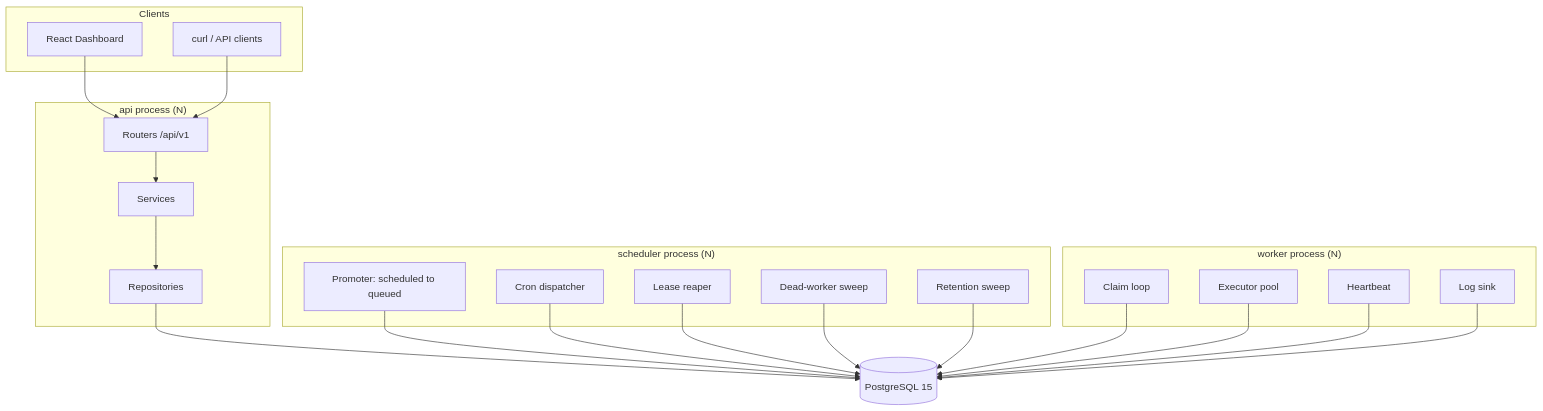
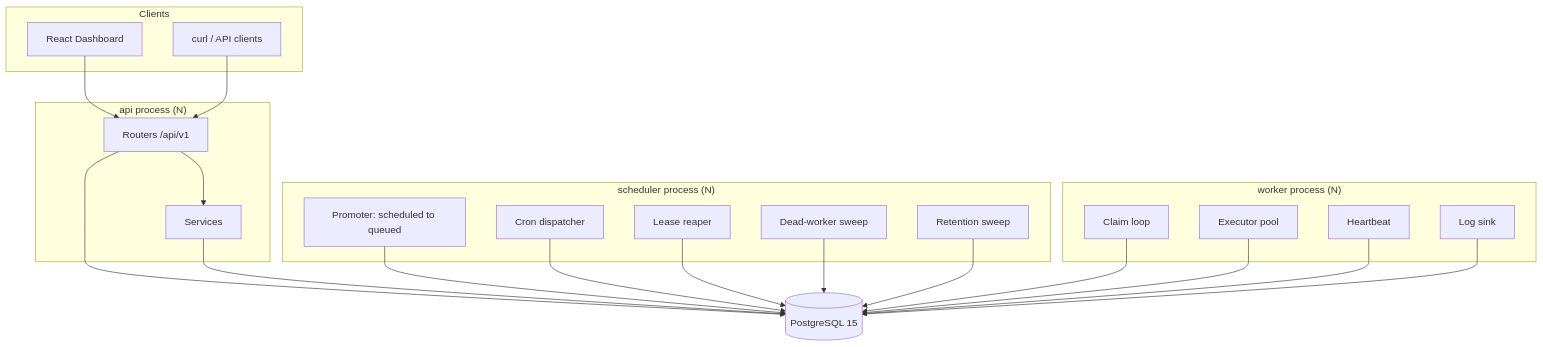
Before and after one commit to Surianandhan/Codity: the diagram in docs/ARCHITECTURE.md, drawn with Mermaid. The commit also changed other lines of this file and 26 other files, not shown here.

````diff
--- a/docs/ARCHITECTURE.md
+++ b/docs/ARCHITECTURE.md
@@ -23,41 +23,40 @@
 ```mermaid
 graph TB
     subgraph Clients
         UI["React Dashboard"]
         CLI["curl / API clients"]
     end
     subgraph API["api process (N)"]
         R["Routers /api/v1"]
         S["Services"]
-        Repo["Repositories"]
     end
     subgraph SCH["scheduler process (N)"]
         P["Promoter: scheduled to queued"]
         C["Cron dispatcher"]
         RE["Lease reaper"]
         DW["Dead-worker sweep"]
         RT["Retention sweep"]
     end
     subgraph W["worker process (N)"]
         CL["Claim loop"]
         EX["Executor pool"]
         HB["Heartbeat"]
         LS["Log sink"]
     end
     PG[("PostgreSQL 15")]
 
     UI --> R
     CLI --> R
     R --> S
-    S --> Repo
-    Repo --> PG
+    R --> PG
+    S --> PG
     P --> PG
     C --> PG
     RE --> PG
     DW --> PG
     RT --> PG
     CL --> PG
     EX --> PG
     HB --> PG
     LS --> PG
 ```
````
